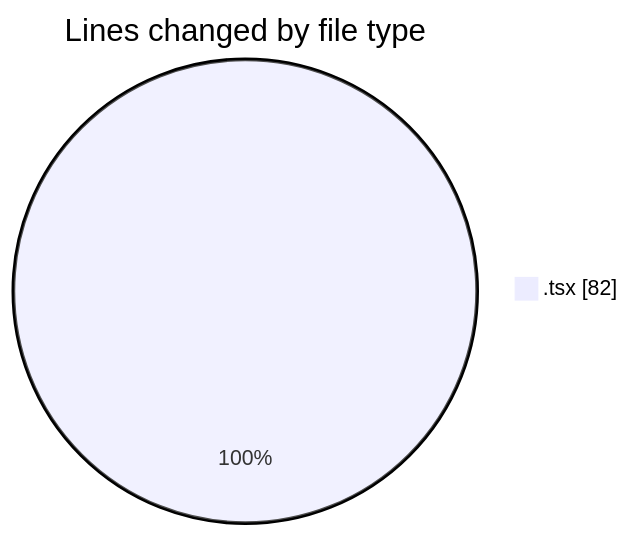
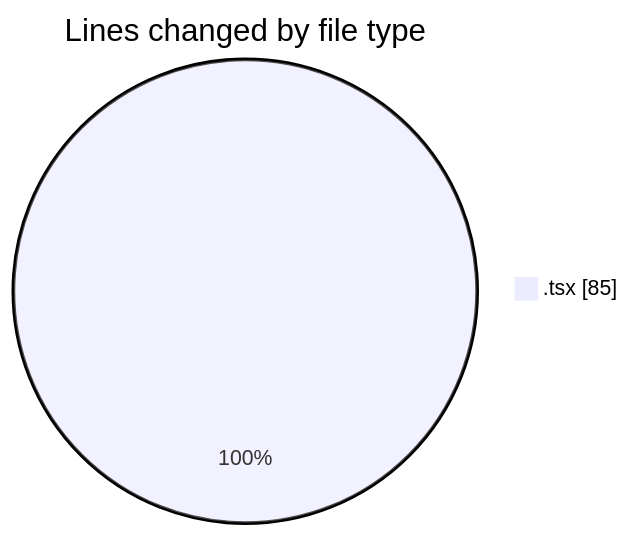
The first of 2 diagrams in 2025-02-05/mbc-web/README.md (robertbonfada/code-tracking), drawn with Mermaid before and after one commit. The commit also changed other lines of this file and 1 other file, not shown here.

````diff
--- a/2025-02-05/mbc-web/README.md
+++ b/2025-02-05/mbc-web/README.md
@@ -20,5 +20,5 @@
 ```mermaid
 pie showData
 title Lines changed by file type
-".tsx" : 82
+".tsx" : 85
 ```
````
